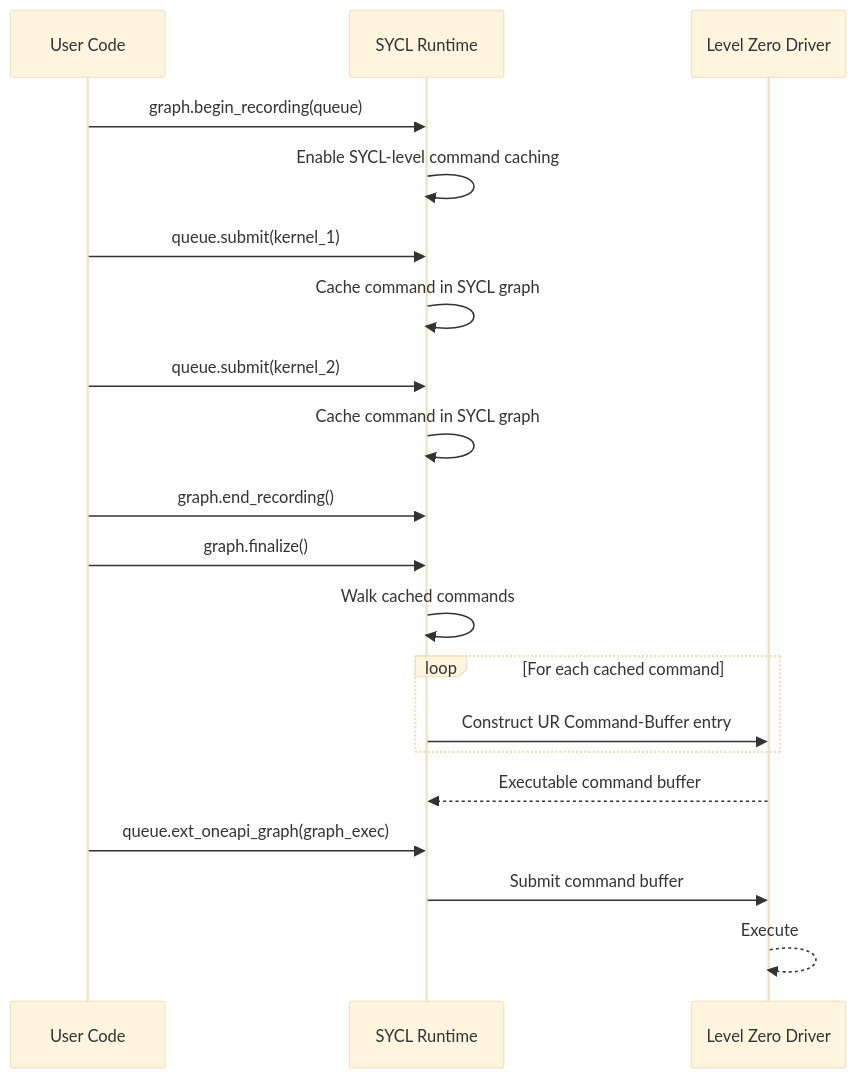
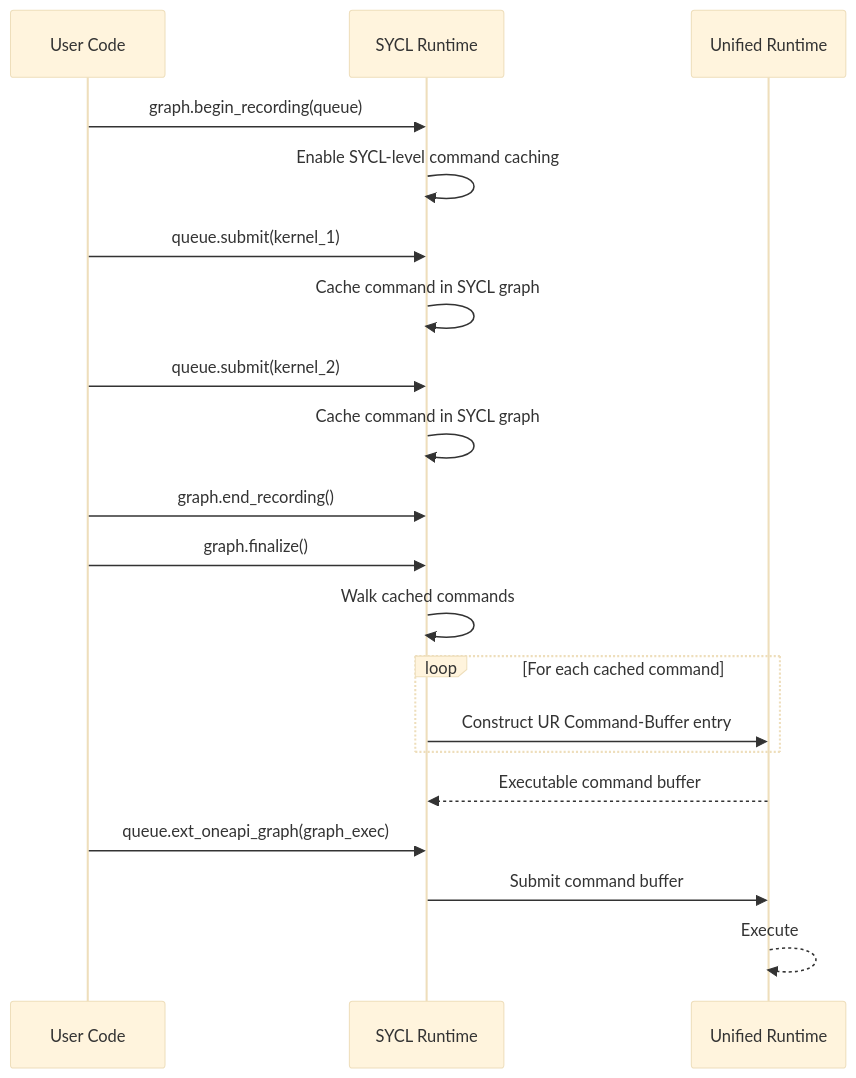
The first of 2 diagrams in sycl/doc/extensions/sandbox/sycl_graph_native_record_mode.md (adamfidel/llvm), drawn with Mermaid (base theme) before and after one commit. The commit also changed other lines of this file, not shown here.

````diff
--- a/sycl/doc/extensions/sandbox/sycl_graph_native_record_mode.md
+++ b/sycl/doc/extensions/sandbox/sycl_graph_native_record_mode.md
@@ -18,28 +18,28 @@
 ```mermaid
 sequenceDiagram
     participant User as User Code
     participant SYCL as SYCL Runtime
-    participant L0 as Level Zero Driver
+    participant UR as Unified Runtime
 
     User->>SYCL: graph.begin_recording(queue)
     SYCL->>SYCL: Enable SYCL-level command caching
 
     User->>SYCL: queue.submit(kernel_1)
     SYCL->>SYCL: Cache command in SYCL graph
 
     User->>SYCL: queue.submit(kernel_2)
     SYCL->>SYCL: Cache command in SYCL graph
 
     User->>SYCL: graph.end_recording()
 
     User->>SYCL: graph.finalize()
     SYCL->>SYCL: Walk cached commands
     loop For each cached command
-        SYCL->>L0: Construct UR Command-Buffer entry
+        SYCL->>UR: Construct UR Command-Buffer entry
     end
-    L0-->>SYCL: Executable command buffer
+    UR-->>SYCL: Executable command buffer
 
     User->>SYCL: queue.ext_oneapi_graph(graph_exec)
-    SYCL->>L0: Submit command buffer
-    L0-->>L0: Execute
+    SYCL->>UR: Submit command buffer
+    UR-->>UR: Execute
 ```
````
